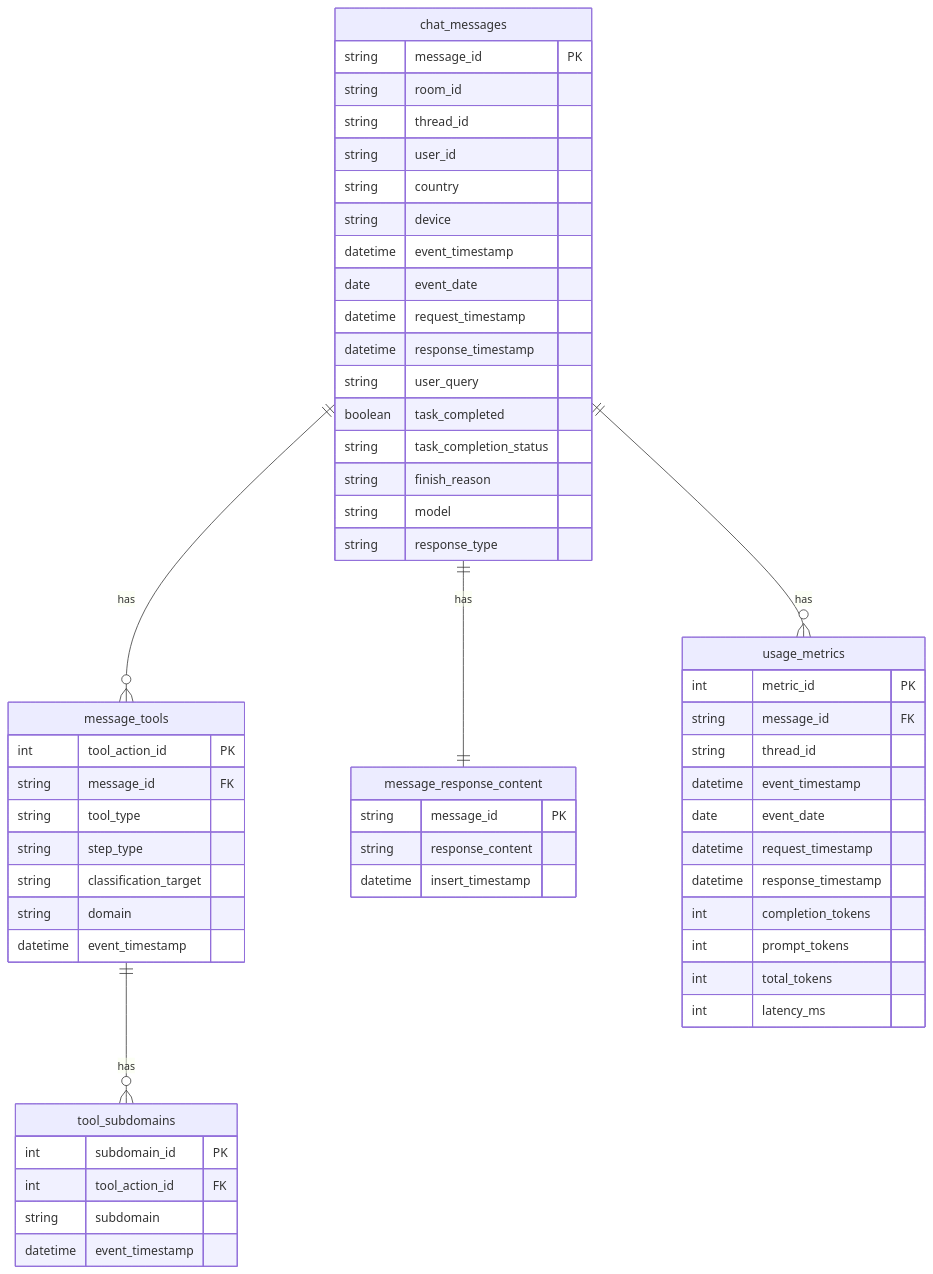
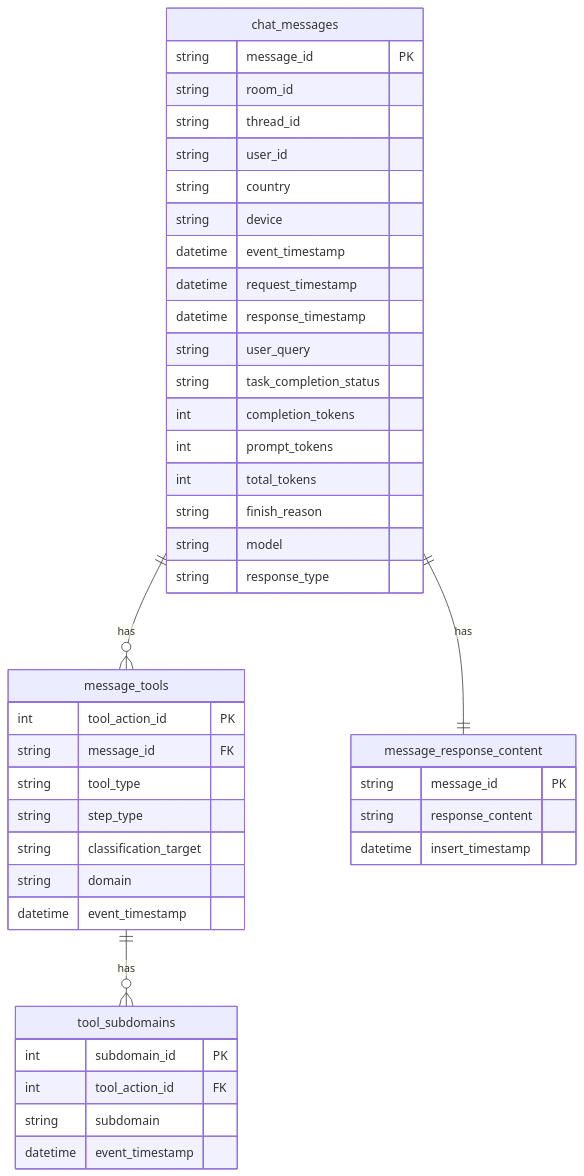
The diagram in ER_DIAGRAM.md (np3137/redshift_schema), drawn with Mermaid before and after one commit. The commit also changed other lines of this file, not shown here.

````diff
--- a/ER_DIAGRAM.md
+++ b/ER_DIAGRAM.md
@@ -10,63 +10,49 @@
 ```mermaid
 erDiagram
     chat_messages {
         string message_id PK
         string room_id
         string thread_id
         string user_id
         string country
         string device
         datetime event_timestamp
-        date event_date
         datetime request_timestamp
         datetime response_timestamp
         string user_query
-        boolean task_completed
         string task_completion_status
+        int completion_tokens
+        int prompt_tokens
+        int total_tokens
         string finish_reason
         string model
         string response_type
     }
     
     message_tools {
         int tool_action_id PK
         string message_id FK
         string tool_type
         string step_type
         string classification_target
         string domain
         datetime event_timestamp
     }
     
     tool_subdomains {
         int subdomain_id PK
         int tool_action_id FK
         string subdomain
         datetime event_timestamp
     }
     
     message_response_content {
         string message_id PK
         string response_content
         datetime insert_timestamp
     }
     
-    usage_metrics {
-        int metric_id PK
-        string message_id FK
-        string thread_id
-        datetime event_timestamp
-        date event_date
-        datetime request_timestamp
-        datetime response_timestamp
-        int completion_tokens
-        int prompt_tokens
-        int total_tokens
-        int latency_ms
-    }
-    
     chat_messages ||--o{ message_tools : "has"
     chat_messages ||--|| message_response_content : "has"
     message_tools ||--o{ tool_subdomains : "has"
-    chat_messages ||--o{ usage_metrics : "has"
 ```
````
